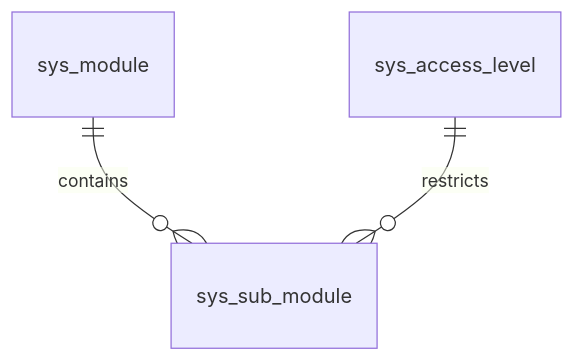
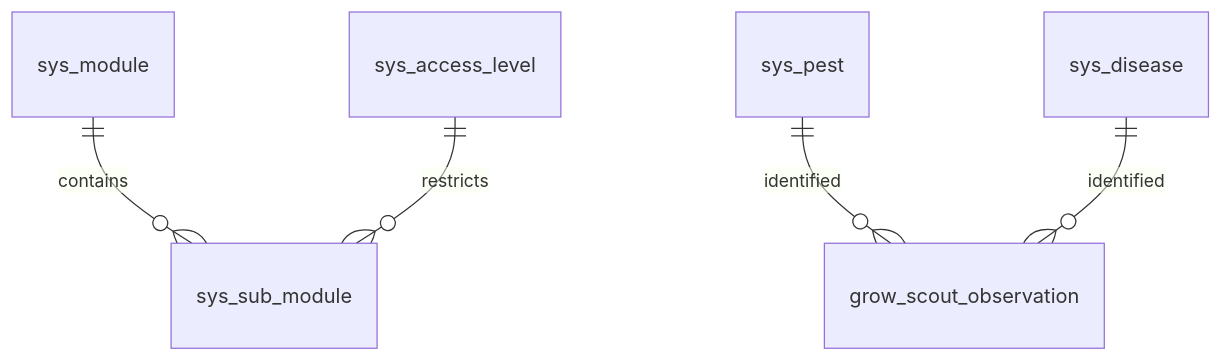
Before and after one commit to Hawaii-Farming/aloha-app: the diagram in docs/schemas/20260327_01_sys.md, drawn with Mermaid. The commit also changed other lines of this file and 5 other files, not shown here.

First line of the commit message:
Sync docs for sys_pest/sys_disease rename, add is_primary_org to hr_employee docs

````diff
--- a/docs/schemas/20260327_01_sys.md
+++ b/docs/schemas/20260327_01_sys.md
@@ -9,5 +9,7 @@
 ```mermaid
 erDiagram
     sys_module ||--o{ sys_sub_module : contains
     sys_access_level ||--o{ sys_sub_module : restricts
+    sys_pest ||--o{ grow_scout_observation : identified
+    sys_disease ||--o{ grow_scout_observation : identified
 ```
````
